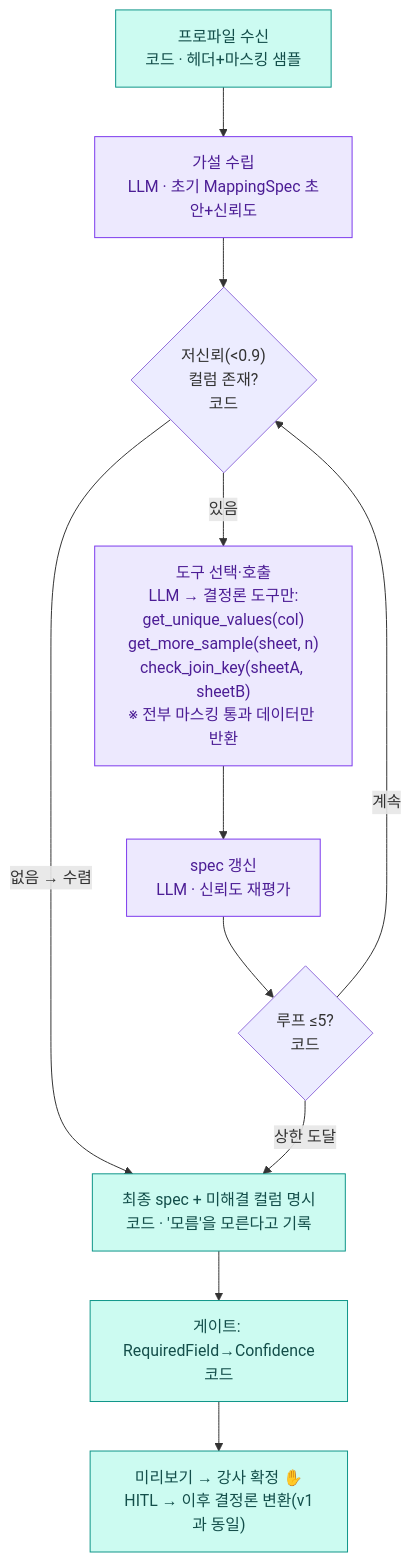
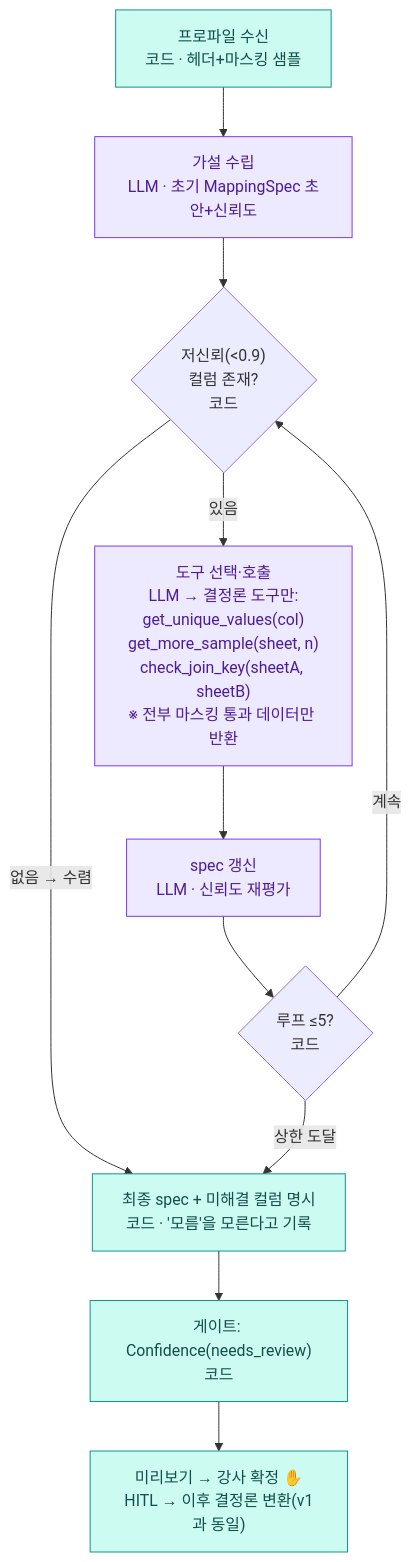
Before and after one commit to MTVS5-CheckOn/CheckOn-AI: the third of 3 diagrams in docs/part_a/01_pipeline.md, drawn with Mermaid. The commit also changed 6 other files, not shown here.

First line of the commit message:
docs(import): 승우 확정 반영 잔여 정리 — §2 표 RequiredField·probe 주석

````diff
--- a/docs/part_a/01_pipeline.md
+++ b/docs/part_a/01_pipeline.md
@@ -103,16 +103,16 @@
 ```mermaid
 flowchart TB
   a0["프로파일 수신<br/>코드 · 헤더+마스킹 샘플"] --> a1["가설 수립<br/>LLM · 초기 MappingSpec 초안+신뢰도"]
   a1 --> a2{"저신뢰(<0.9)<br/>컬럼 존재?<br/>코드"}
   a2 -->|"없음 → 수렴"| a5
   a2 -->|있음| a3["도구 선택·호출<br/>LLM → 결정론 도구만:<br/>get_unique_values(col)<br/>get_more_sample(sheet, n)<br/>check_join_key(sheetA, sheetB)<br/>※ 전부 마스킹 통과 데이터만 반환"]
   a3 --> a4["spec 갱신<br/>LLM · 신뢰도 재평가"]
   a4 --> loop{"루프 ≤5?<br/>코드"}
   loop -->|계속| a2
   loop -->|"상한 도달"| a5["최종 spec + 미해결 컬럼 명시<br/>코드 · '모름'을 모른다고 기록"]
-  a5 --> a6["게이트: RequiredField→Confidence<br/>코드"] --> a7["미리보기 → 강사 확정 ✋<br/>HITL → 이후 결정론 변환(v1과 동일)"]
+  a5 --> a6["게이트: Confidence(needs_review)<br/>코드"] --> a7["미리보기 → 강사 확정 ✋<br/>HITL → 이후 결정론 변환(v1과 동일)"]
   classDef llm fill:#ede9fe,stroke:#7c3aed,color:#4c1d95;
   classDef code fill:#ccfbf1,stroke:#0d9488,color:#134e4a;
   class a1,a3,a4 llm;
   class a0,a5,a6,a7 code;
 ```
````
